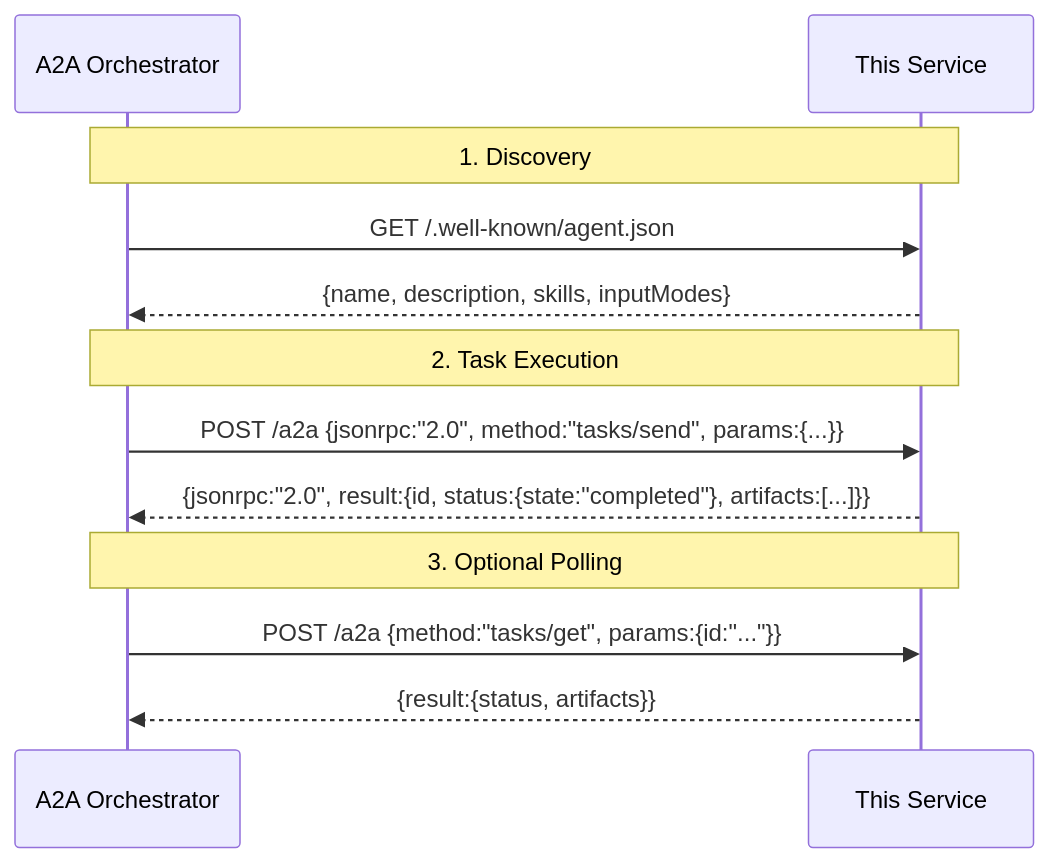
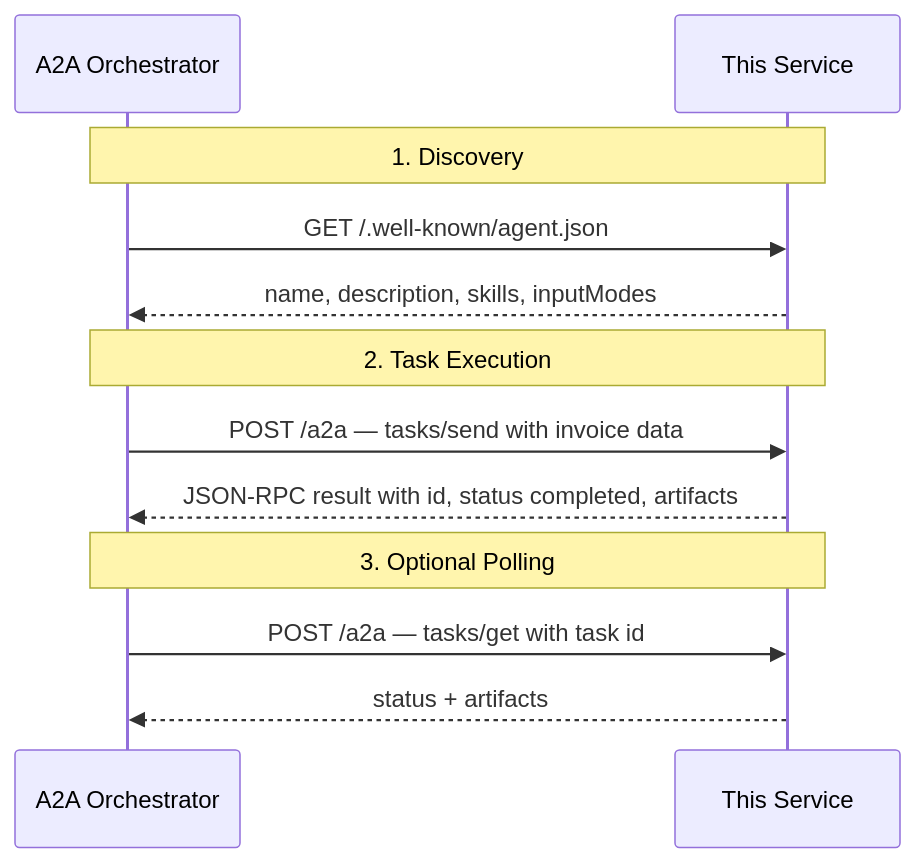
Before and after one commit to Avii3301/cashCollection-A2A: the seventh of 9 diagrams in DESIGN.md, drawn with Mermaid. The commit also changed other lines of this file, not shown here.

Commit message:
Fix Mermaid parse errors and add professional color scheme to all diagrams

````diff
--- a/DESIGN.md
+++ b/DESIGN.md
@@ -300,17 +332,17 @@
 ```mermaid
 sequenceDiagram
     participant Orch as A2A Orchestrator
     participant Agent as This Service
 
     Note over Orch,Agent: 1. Discovery
     Orch->>Agent: GET /.well-known/agent.json
-    Agent-->>Orch: {name, description, skills, inputModes}
+    Agent-->>Orch: name, description, skills, inputModes
 
     Note over Orch,Agent: 2. Task Execution
-    Orch->>Agent: POST /a2a {jsonrpc:"2.0", method:"tasks/send", params:{...}}
-    Agent-->>Orch: {jsonrpc:"2.0", result:{id, status:{state:"completed"}, artifacts:[...]}}
+    Orch->>Agent: POST /a2a — tasks/send with invoice data
+    Agent-->>Orch: JSON-RPC result with id, status completed, artifacts
 
     Note over Orch,Agent: 3. Optional Polling
-    Orch->>Agent: POST /a2a {method:"tasks/get", params:{id:"..."}}
-    Agent-->>Orch: {result:{status, artifacts}}
+    Orch->>Agent: POST /a2a — tasks/get with task id
+    Agent-->>Orch: status + artifacts
 ```
````
